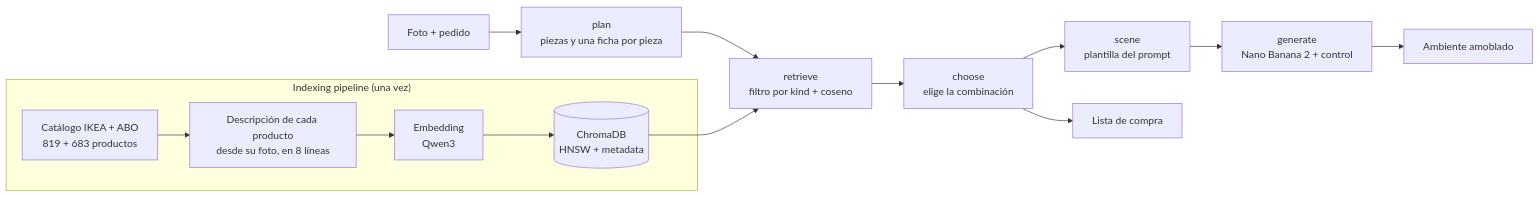
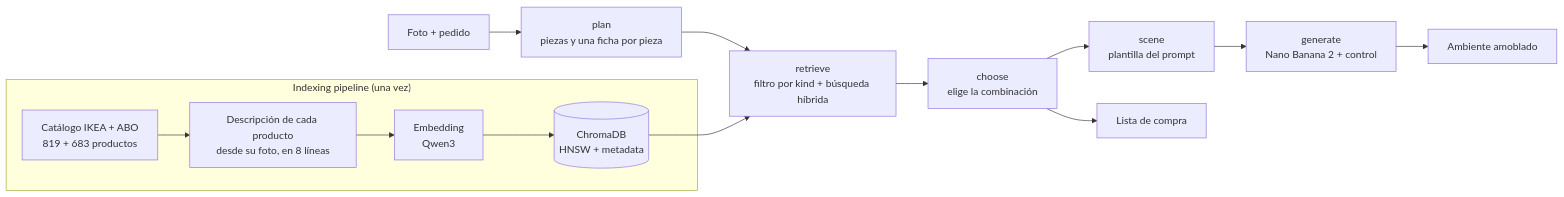
One commit to matiasrossiseifert/amoblai changed the diagram in README.md. Above: the diagram before and after it, drawn with Mermaid. The commit also changed other lines of this file and 4 other files, not shown here.

Commit message:
docs: la versión 2 (búsqueda híbrida), el acierto por familia y los dos cara a cara de punta a punta

````diff
--- a/README.md
+++ b/README.md
@@ -14,16 +14,16 @@
 ```mermaid
 flowchart LR
   subgraph IDX["Indexing pipeline (una vez)"]
     A["Catálogo IKEA + ABO<br/>819 + 683 productos"] --> B["Descripción de cada producto<br/>desde su foto, en 8 líneas"]
     B --> E["Embedding<br/>Qwen3"]
     E --> V[("ChromaDB<br/>HNSW + metadata")]
   end
   U["Foto + pedido"] --> P["plan<br/>piezas y una ficha por pieza"]
-  P --> R["retrieve<br/>filtro por kind + coseno"]
+  P --> R["retrieve<br/>filtro por kind + búsqueda híbrida"]
   V --> R
   R --> C["choose<br/>elige la combinación"]
   C --> S["scene<br/>plantilla del prompt"]
   S --> G["generate<br/>Nano Banana 2 + control"]
   C --> L["Lista de compra"]
   G --> F["Ambiente amoblado"]
 ```
````
